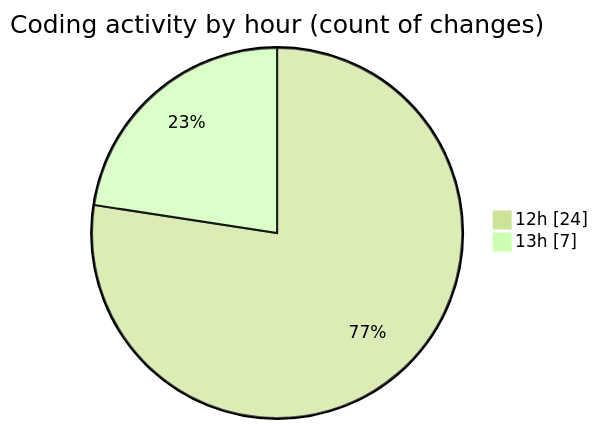
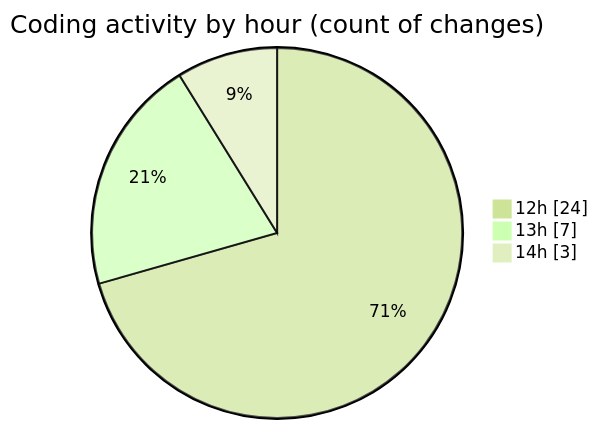
The second of 2 diagrams in 2025-08-25/quytuthien_vn/README.md (lephambinh05/code-tracking), drawn with Mermaid (forest theme) before and after one commit. The commit also changed other lines of this file and 1 other file, not shown here.

````diff
--- a/2025-08-25/quytuthien_vn/README.md
+++ b/2025-08-25/quytuthien_vn/README.md
@@ -45,6 +45,7 @@
 ```mermaid
 pie showData
 title Coding activity by hour (count of changes)
 "12h" : 24
 "13h" : 7
+"14h" : 3
 ```
````
